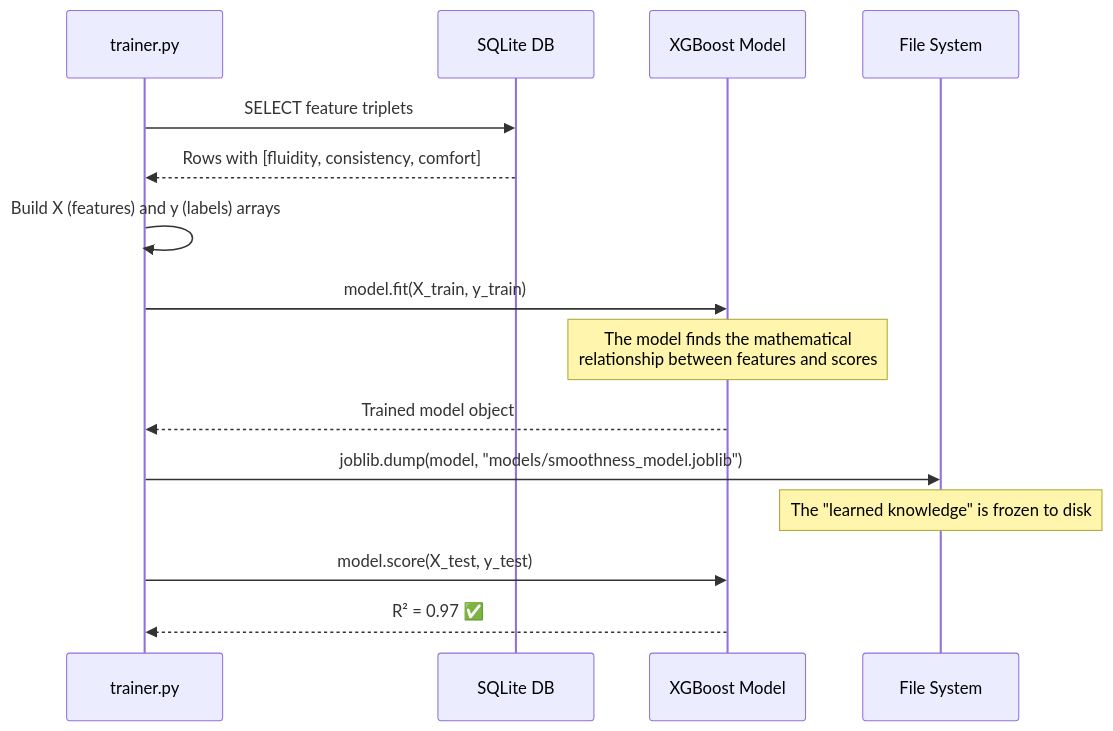
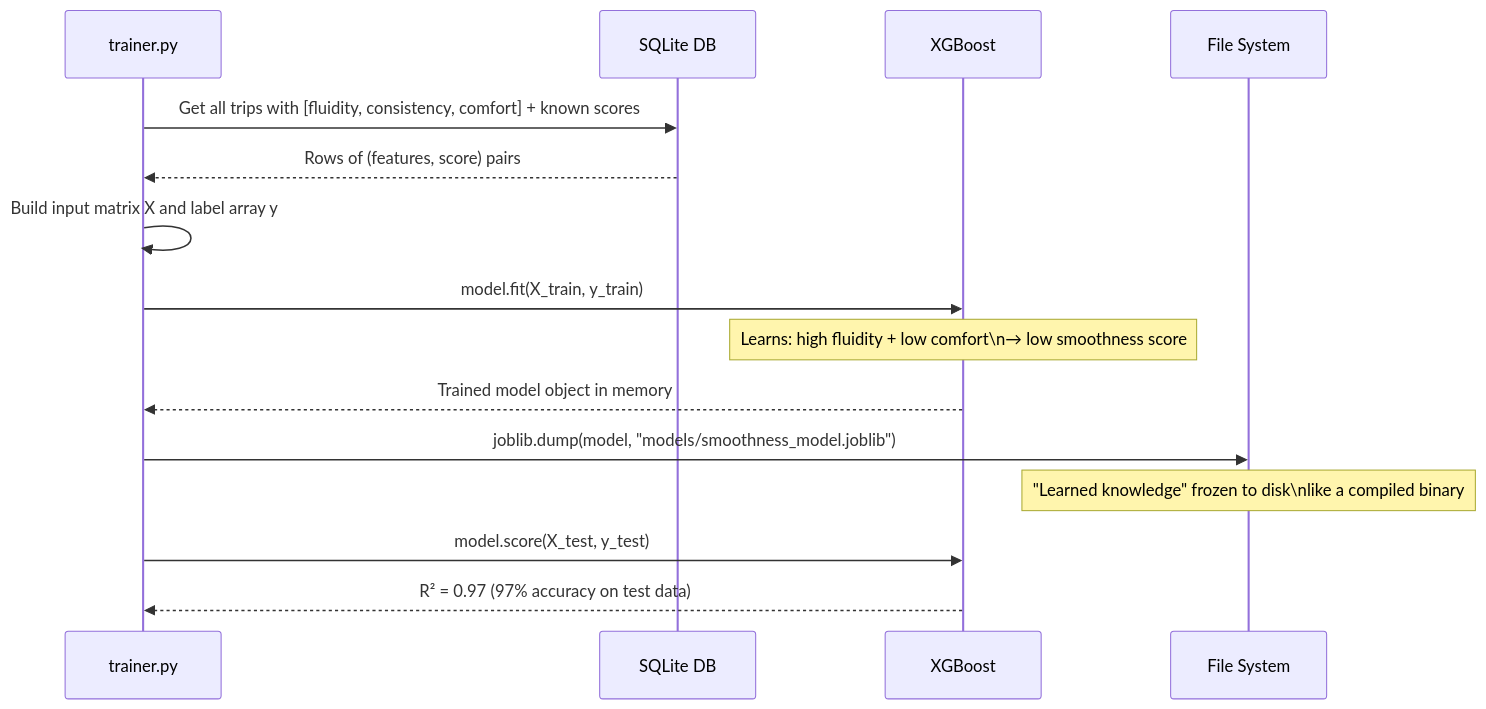
Before and after one commit to Project-Be-Better/learning-ml: the sixth of 16 diagrams in docs/ml_pipeline_guide.md, drawn with Mermaid. The commit also changed other lines of this file, not shown here.

````diff
--- a/docs/ml_pipeline_guide.md
+++ b/docs/ml_pipeline_guide.md
@@ -155,18 +158,18 @@
 ```mermaid
 sequenceDiagram
     participant T as trainer.py
     participant DB as SQLite DB
-    participant XG as XGBoost Model
+    participant XG as XGBoost
     participant FS as File System
 
-    T->>DB: SELECT feature triplets
-    DB-->>T: Rows with [fluidity, consistency, comfort]
-    T->>T: Build X (features) and y (labels) arrays
+    T->>DB: Get all trips with [fluidity, consistency, comfort] + known scores
+    DB-->>T: Rows of (features, score) pairs
+    T->>T: Build input matrix X and label array y
     T->>XG: model.fit(X_train, y_train)
-    Note over XG: The model finds the mathematical<br/>relationship between features and scores
-    XG-->>T: Trained model object
+    Note over XG: Learns: high fluidity + low comfort\n→ low smoothness score
+    XG-->>T: Trained model object in memory
     T->>FS: joblib.dump(model, "models/smoothness_model.joblib")
-    Note over FS: The "learned knowledge" is frozen to disk
+    Note over FS: "Learned knowledge" frozen to disk\nlike a compiled binary
     T->>XG: model.score(X_test, y_test)
-    XG-->>T: R² = 0.97 ✅
+    XG-->>T: R² = 0.97 (97% accuracy on test data)
 ```
````
